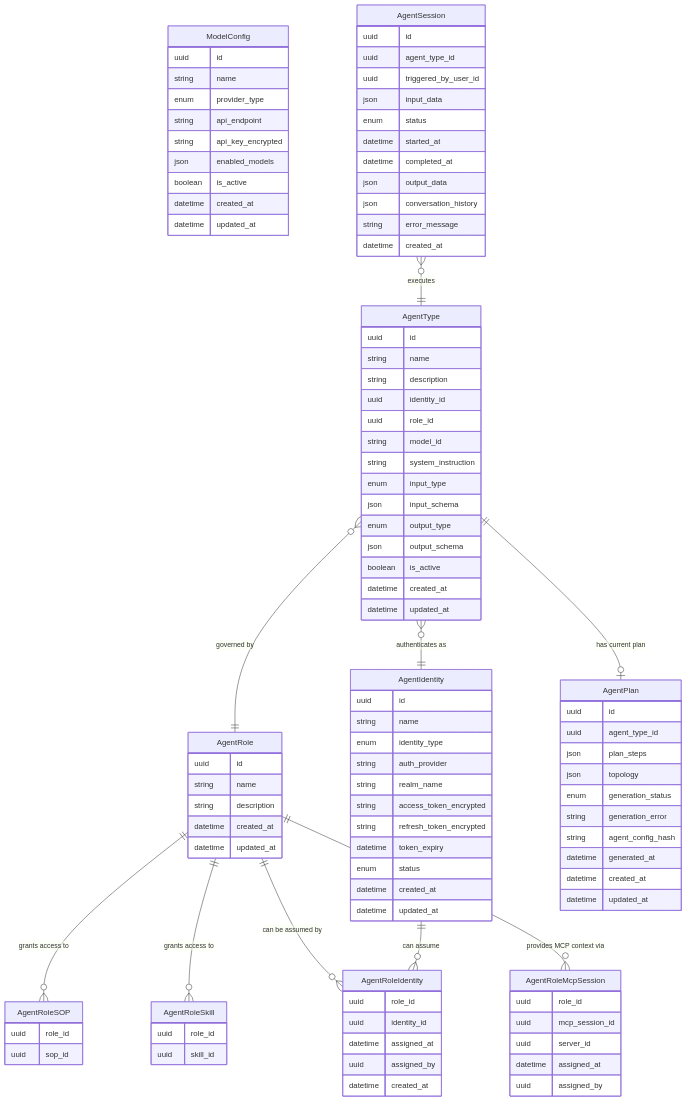
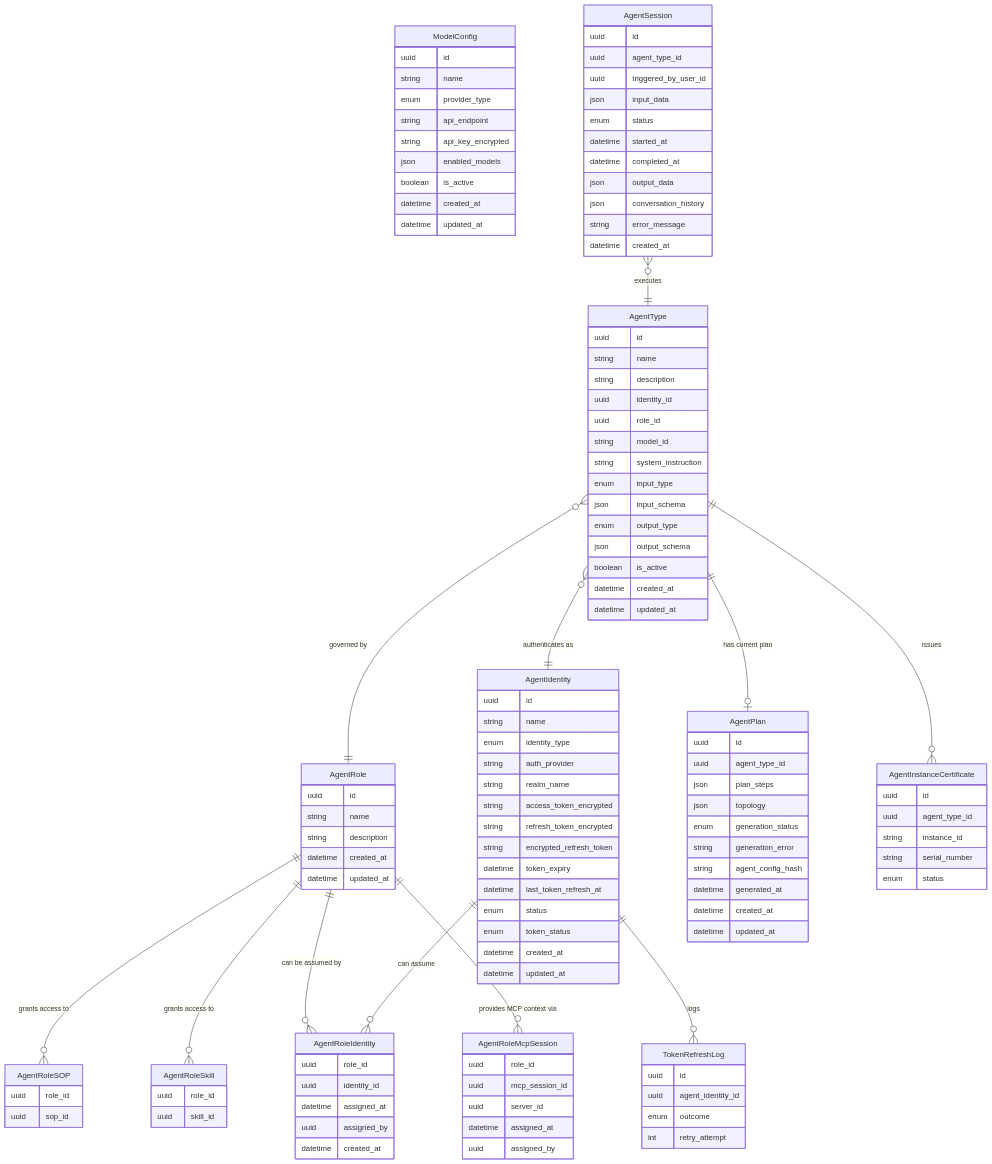
Before and after one commit to hurungang/parthenon: the fifth of 9 diagrams in docs/master/data-model/overview.md, drawn with Mermaid. The commit also changed other lines of this file and 496 other files, not shown here.

````diff
--- a/docs/master/data-model/overview.md
+++ b/docs/master/data-model/overview.md
@@ -342,8 +345,11 @@
         string realm_name
         string access_token_encrypted
         string refresh_token_encrypted
+        string encrypted_refresh_token
         datetime token_expiry
+        datetime last_token_refresh_at
         enum status
+        enum token_status
         datetime created_at
         datetime updated_at
     }
@@ -395,8 +401,24 @@
         datetime updated_at
     }
 
+    AgentInstanceCertificate {
+        uuid id
+        uuid agent_type_id
+        string instance_id
+        string serial_number
+        enum status
+    }
+    TokenRefreshLog {
+        uuid id
+        uuid agent_identity_id
+        enum outcome
+        int retry_attempt
+    }
+
     AgentType }o--|| AgentRole : "governed by"
     AgentType }o--|| AgentIdentity : "authenticates as"
     AgentSession }o--|| AgentType : "executes"
     AgentType ||--o| AgentPlan : "has current plan"
+    AgentType ||--o{ AgentInstanceCertificate : "issues"
+    AgentIdentity ||--o{ TokenRefreshLog : "logs"
 ```
````
